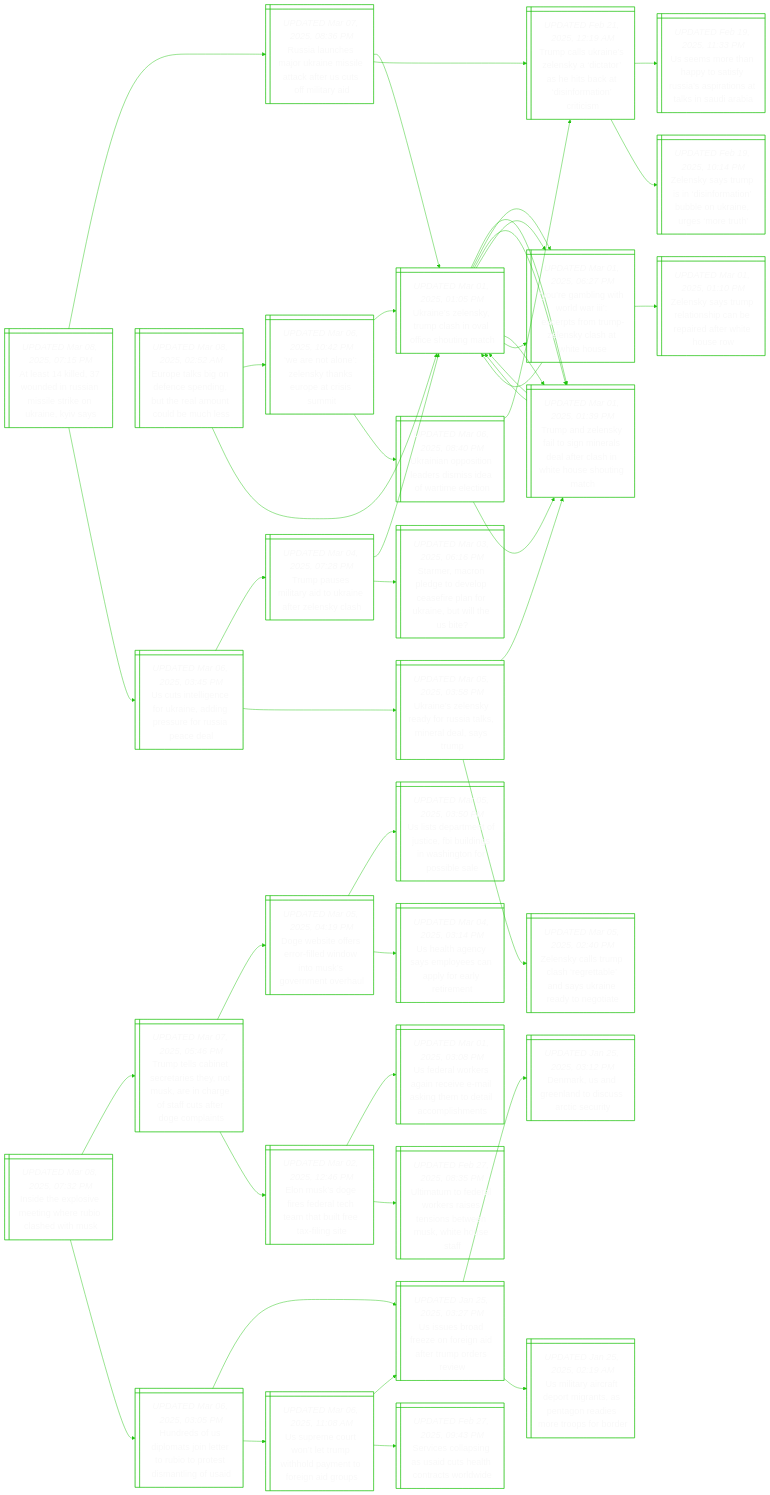
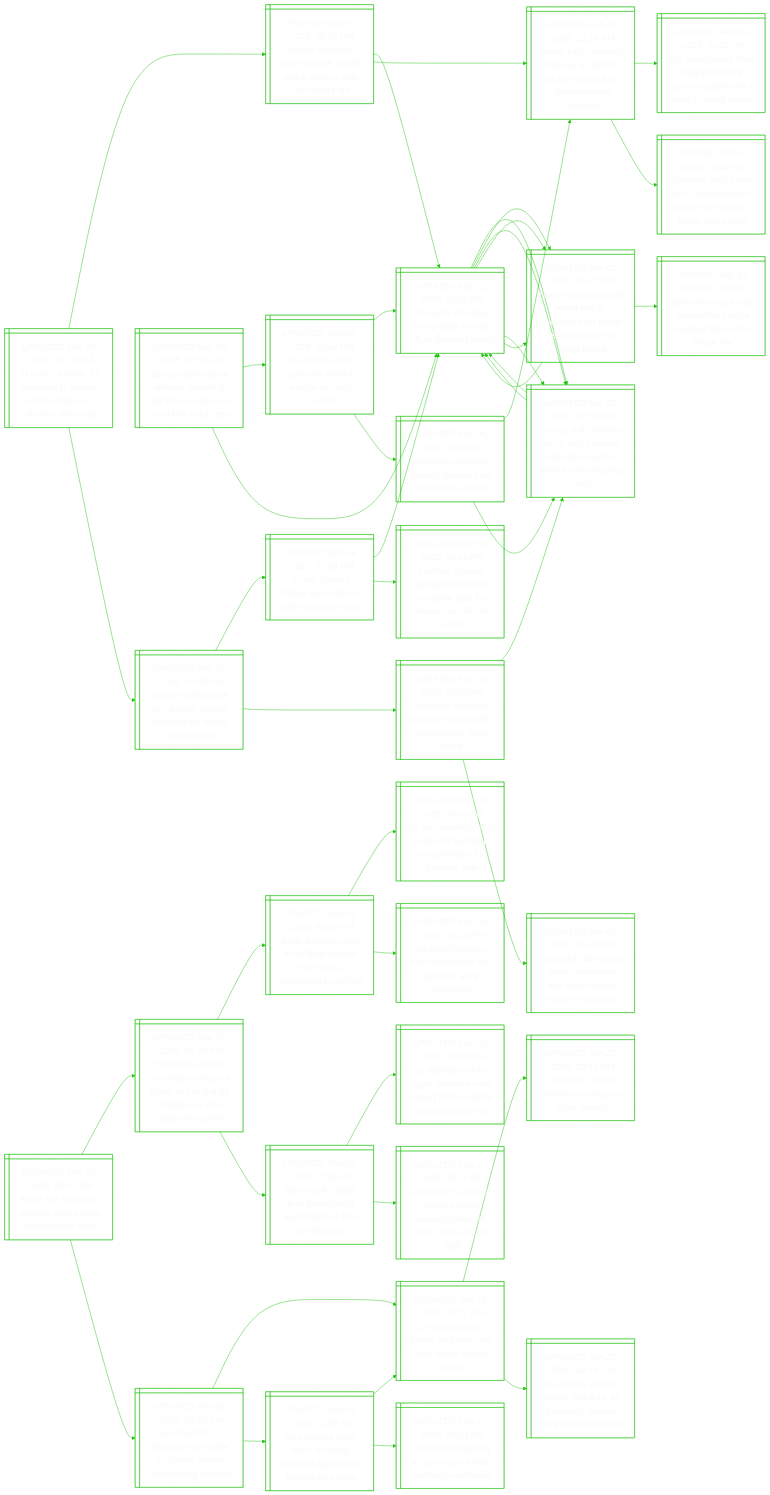
One commit to notJmes/notJmes changed the diagram in README.md. Above: the diagram before and after it, drawn with Mermaid. The commit also changed other lines of this file, not shown here.

```diff
--- a/README.md
+++ b/README.md
@@ -16,7 +16,7 @@
 flowchart LR
 classDef txtsize font-size:20px;
 
-Asluisiekkes@{ shape: win-pane, label: "_UPDATED Mar 08, 2025, 07:15 PM_
+Asluisiekkes@{ shape: win-pane, label: "_UPDATED Mar 08, 2025, 10:19 PM_
 At least 14 killed, 37 wounded in russian missile strike on ukraine, kyiv says" }
 RacakeitfSoly@{ shape: win-pane, label: "_UPDATED Mar 07, 2025, 08:36 PM_
 Russia launches major ukraine missile attack after us cuts off military aid" }
@@ -108,7 +108,7 @@
 YgitlIcsTZsaWH:::txtsize --> Unlyphaiogh:::txtsize
 YgitlIcsTZsaWH:::txtsize --> Zsymasaeeets:::txtsize
 
-IexiewRceh@{ shape: win-pane, label: "_UPDATED Mar 08, 2025, 07:32 PM_
+IexiewRceh@{ shape: win-pane, label: "_UPDATED Mar 08, 2025, 09:02 PM_
 Inside the explosive meeting where rubio clashed with musk" }
 TtCerieMrhofsrca@{ shape: win-pane, label: "_UPDATED Mar 07, 2025, 05:46 PM_
 Trump tells cabinet secretaries they, not musk, are in charge of staff cuts after doge complaints" }
```
